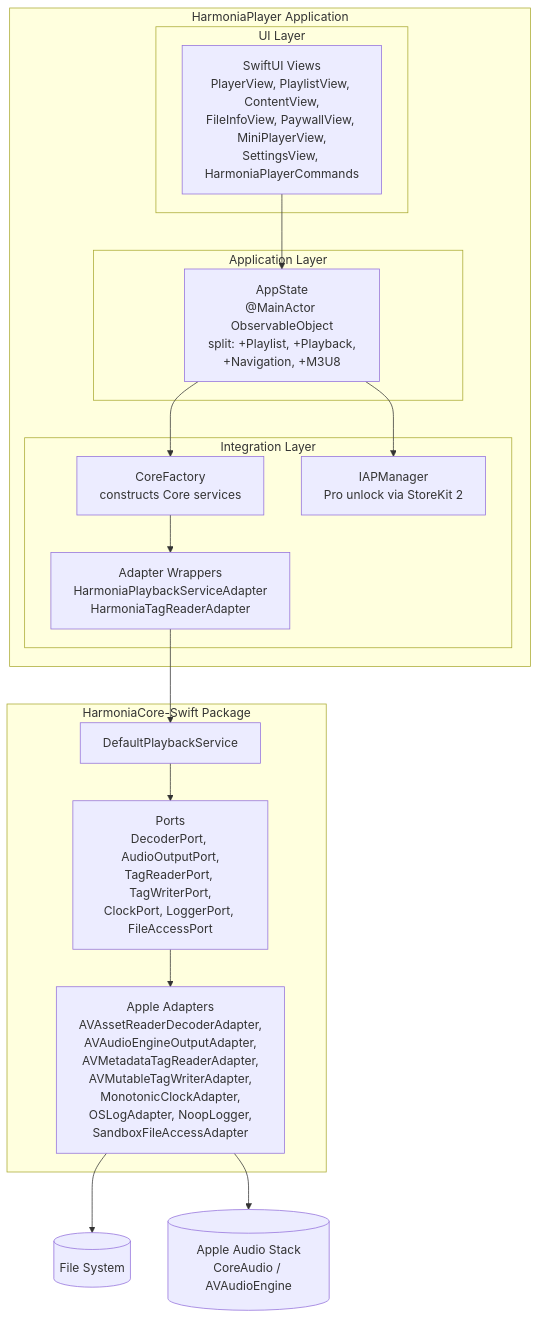
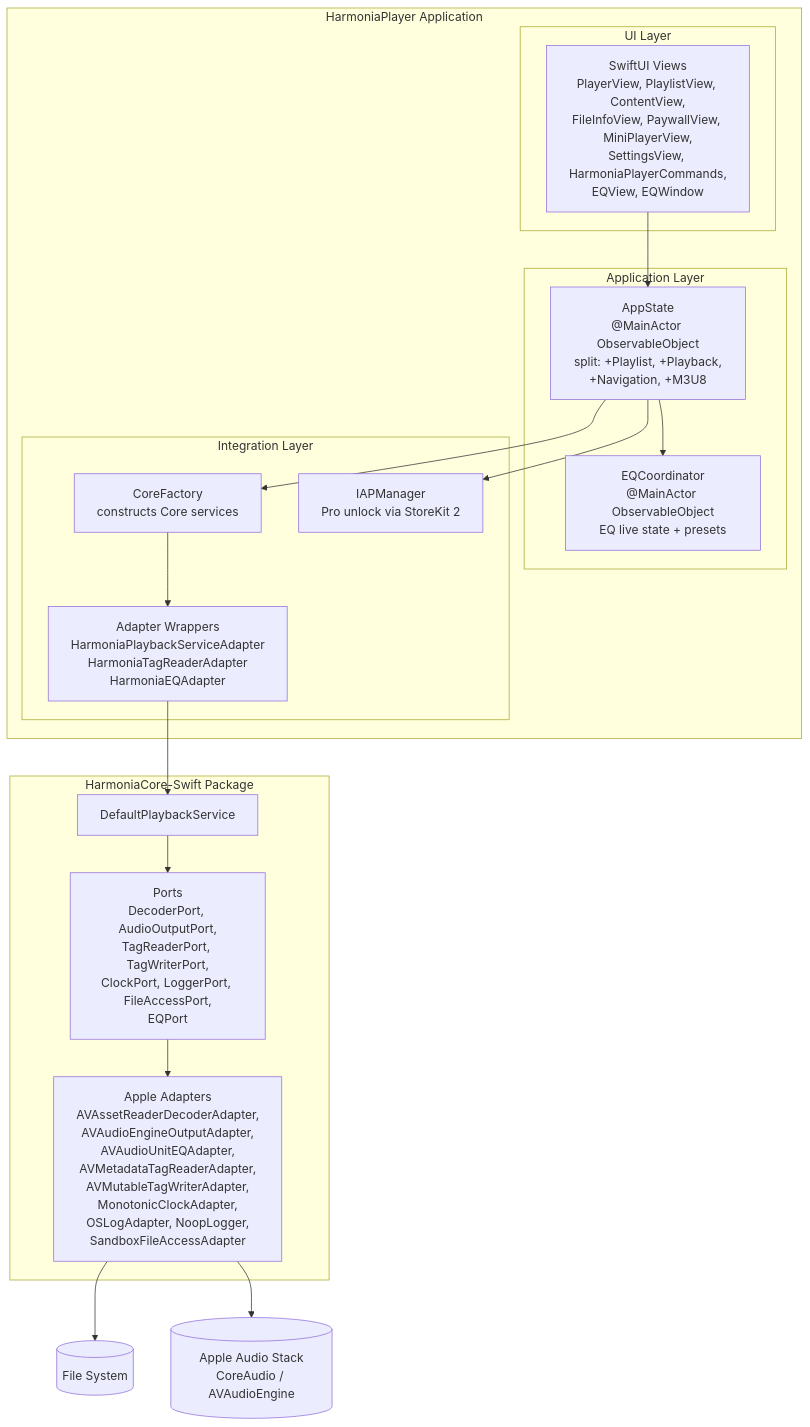
One commit to OneOfWolvesBilly/HarmoniaPlayer changed the second of 2 diagrams in docs/architecture.md. Above: the diagram before and after it, drawn with Mermaid. The commit also changed other lines of this file and 4 other files, not shown here.

````diff
--- a/docs/architecture.md
+++ b/docs/architecture.md
@@ -115,62 +115,70 @@
 ```mermaid
 flowchart TB
     subgraph player[HarmoniaPlayer Application]
       subgraph ui[UI Layer]
         views[SwiftUI Views
 PlayerView, PlaylistView, ContentView,
 FileInfoView, PaywallView, MiniPlayerView,
-SettingsView, HarmoniaPlayerCommands]
+SettingsView, HarmoniaPlayerCommands,
+EQView, EQWindow]
       end
 
       subgraph appLayer[Application Layer]
         appState[AppState
 @MainActor ObservableObject
 split: +Playlist, +Playback,
 +Navigation, +M3U8]
+        eqCoordinator[EQCoordinator
+@MainActor ObservableObject
+EQ live state + presets]
       end
 
       subgraph integration[Integration Layer]
         coreFactory[CoreFactory
 constructs Core services]
         iap[IAPManager
 Pro unlock via StoreKit 2]
         adapWrappers[Adapter Wrappers
 HarmoniaPlaybackServiceAdapter
-HarmoniaTagReaderAdapter]
+HarmoniaTagReaderAdapter
+HarmoniaEQAdapter]
       end
     end
 
     subgraph coreSwift[HarmoniaCore-Swift Package]
       service[DefaultPlaybackService]
       ports[Ports
 DecoderPort, AudioOutputPort,
 TagReaderPort, TagWriterPort,
-ClockPort, LoggerPort, FileAccessPort]
+ClockPort, LoggerPort, FileAccessPort,
+EQPort]
       adapters[Apple Adapters
 AVAssetReaderDecoderAdapter,
 AVAudioEngineOutputAdapter,
+AVAudioUnitEQAdapter,
 AVMetadataTagReaderAdapter,
 AVMutableTagWriterAdapter,
 MonotonicClockAdapter,
 OSLogAdapter, NoopLogger,
 SandboxFileAccessAdapter]
     end
 
     fs[(File System)]
     audioStack[(Apple Audio Stack
 CoreAudio / AVAudioEngine)]
 
     views --> appState
+    appState --> eqCoordinator
 
     appState --> coreFactory
     appState --> iap
 
     coreFactory --> adapWrappers
     adapWrappers --> service
 
     service --> ports
     ports --> adapters
 
     adapters --> fs
     adapters --> audioStack
 ```
````
